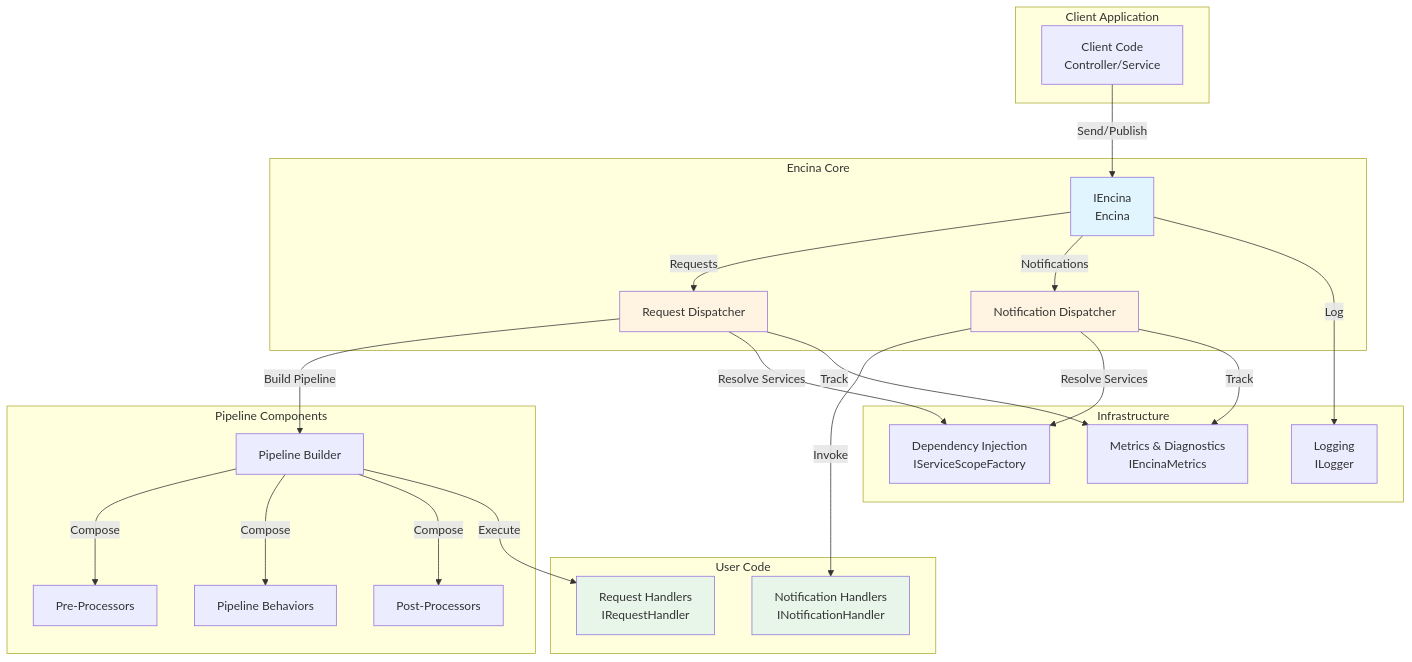
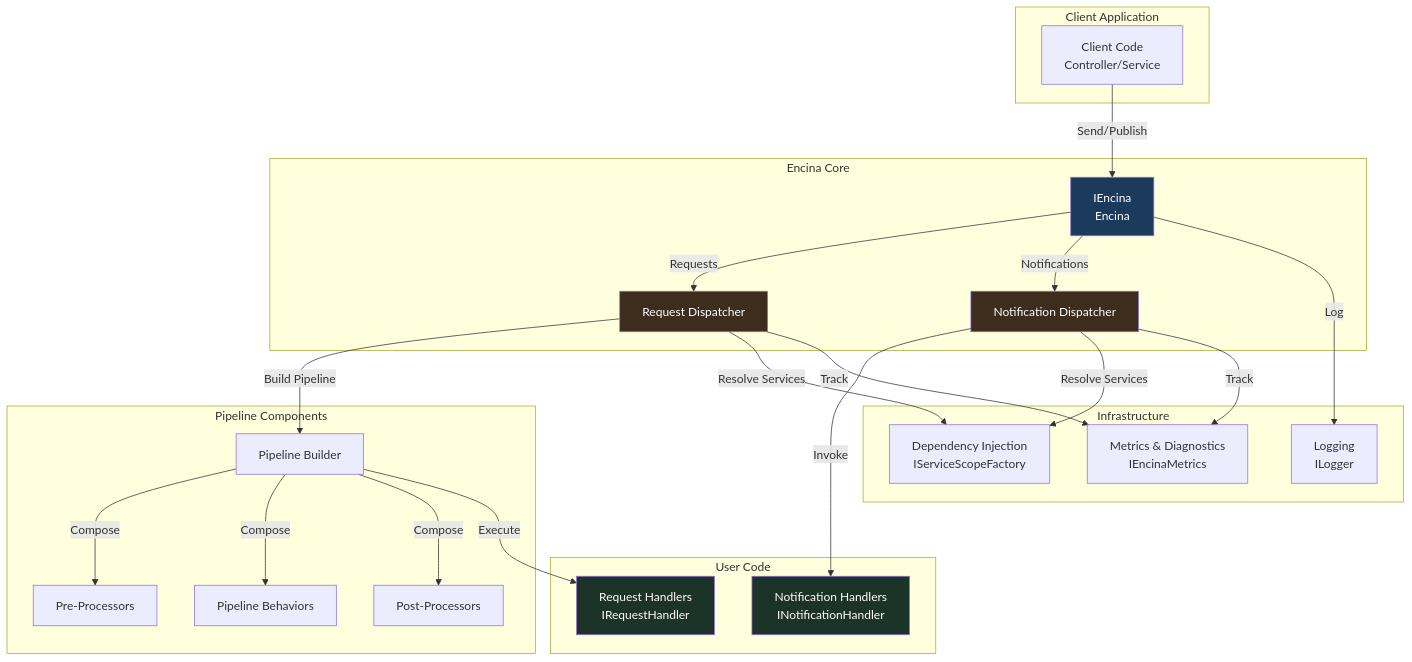
The first of 7 diagrams in docs/architecture/component-diagram.md (dlrivada/Encina), drawn with Mermaid before and after one commit. The commit also changed other lines of this file and 6 other files, not shown here.

First line of the commit message:
docs: replace hardcoded light-mode Mermaid colors with dark equivalents

````diff
--- a/docs/architecture/component-diagram.md
+++ b/docs/architecture/component-diagram.md
@@ -13,56 +13,56 @@
 ```mermaid
 graph TB
     subgraph "Client Application"
         Client[Client Code<br/>Controller/Service]
     end
 
     subgraph "Encina Core"
         Encina[IEncina<br/>Encina]
         RequestDispatcher[Request Dispatcher]
         NotificationDispatcher[Notification Dispatcher]
     end
 
     subgraph "Pipeline Components"
         PreProc[Pre-Processors]
         Behaviors[Pipeline Behaviors]
         PostProc[Post-Processors]
         PipelineBuilder[Pipeline Builder]
     end
 
     subgraph "User Code"
         ReqHandler[Request Handlers<br/>IRequestHandler]
         NotifHandler[Notification Handlers<br/>INotificationHandler]
     end
 
     subgraph "Infrastructure"
         DI[Dependency Injection<br/>IServiceScopeFactory]
         Metrics[Metrics & Diagnostics<br/>IEncinaMetrics]
         Logging[Logging<br/>ILogger]
     end
 
     Client -->|Send/Publish| Encina
     Encina -->|Requests| RequestDispatcher
     Encina -->|Notifications| NotificationDispatcher
 
     RequestDispatcher -->|Build Pipeline| PipelineBuilder
     PipelineBuilder -->|Compose| PreProc
     PipelineBuilder -->|Compose| Behaviors
     PipelineBuilder -->|Compose| PostProc
     PipelineBuilder -->|Execute| ReqHandler
 
     NotificationDispatcher -->|Invoke| NotifHandler
 
     RequestDispatcher -->|Resolve Services| DI
     NotificationDispatcher -->|Resolve Services| DI
 
     RequestDispatcher -->|Track| Metrics
     NotificationDispatcher -->|Track| Metrics
 
     Encina -->|Log| Logging
 
-    style Encina fill:#e1f5ff
-    style RequestDispatcher fill:#fff4e1
-    style NotificationDispatcher fill:#fff4e1
-    style ReqHandler fill:#e8f5e9
-    style NotifHandler fill:#e8f5e9
+    style Encina fill:#1c3a5c,color:#fff
+    style RequestDispatcher fill:#3d2d1c,color:#fff
+    style NotificationDispatcher fill:#3d2d1c,color:#fff
+    style ReqHandler fill:#1c3328,color:#fff
+    style NotifHandler fill:#1c3328,color:#fff
 ```
````
